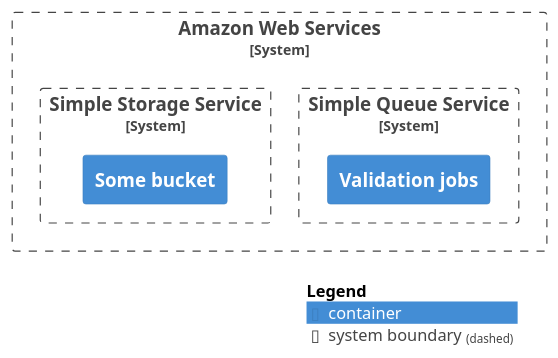
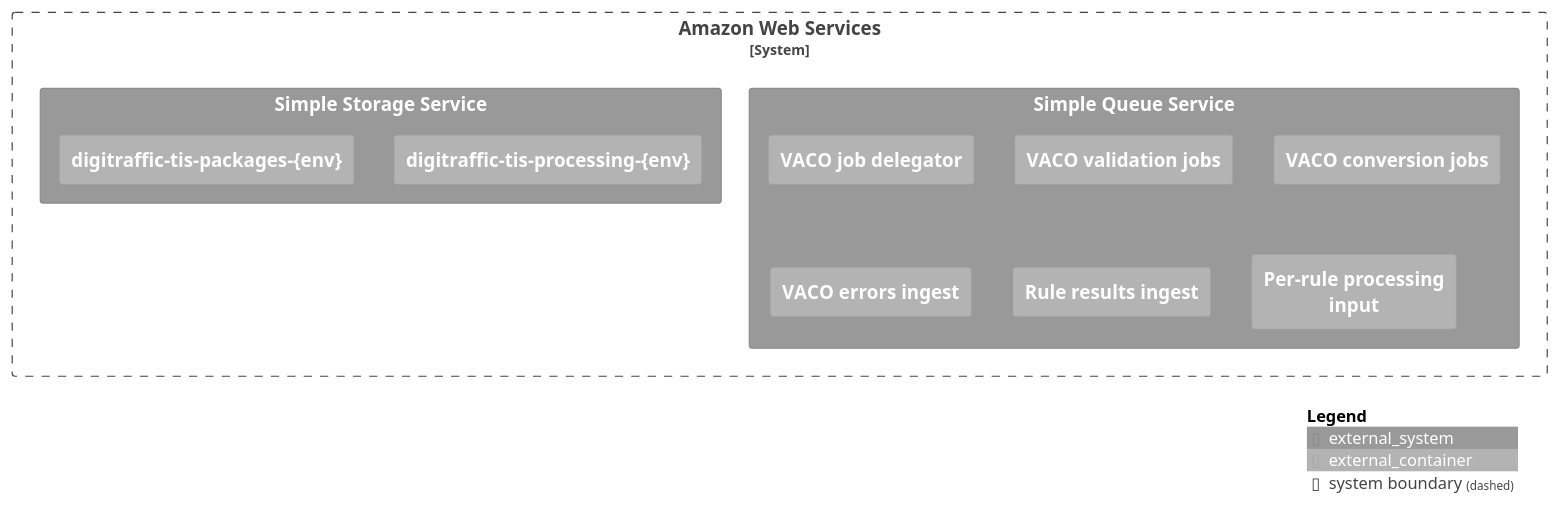
Before and after one commit to tmfg/digitraffic-tis-utilities: the diagram in architecture/tis/c4/l2_container_aws.puml, drawn with PlantUML.

Commit message:
update AWS architecture PUML to contain actual resources we have

```diff
--- a/architecture/tis/c4/l2_container_aws.puml
+++ b/architecture/tis/c4/l2_container_aws.puml
@@ -1,15 +1,21 @@
 @startuml AWS
 !include https://raw.githubusercontent.com/plantuml-stdlib/C4-PlantUML/master/C4_Container.puml
 
 
 System_Boundary(aws, "Amazon Web Services") {
-    System_Boundary(sqs, "Simple Queue Service") {
-        Container(sqs_validation_jobs,"Validation jobs")
+    System_Ext(sqs, "Simple Queue Service") {
+        Container_Ext(sqs_vaco_jobs,"VACO job delegator")
+        Container_Ext(sqs_vaco_jobs_validation,"VACO validation jobs")
+        Container_Ext(sqs_vaco_jobs_conversion,"VACO conversion jobs")
+        Container_Ext(sqs_vaco_errors,"VACO errors ingest")
+        Container_Ext(rules_results,"Rule results ingest")
+        Container_Ext(rules_processing_per_rule,"Per-rule processing input")
     }
-    System_Boundary(s3, "Simple Storage Service") {
-        Container(s3_some_bucket,"Some bucket")
+    System_Ext(s3, "Simple Storage Service") {
+        Container_Ext(s3_processing,"digitraffic-tis-processing-{env}")
+        Container_Ext(s3_packages,"digitraffic-tis-packages-{env}")
     }
 }
 
 SHOW_LEGEND()
 @enduml
```
